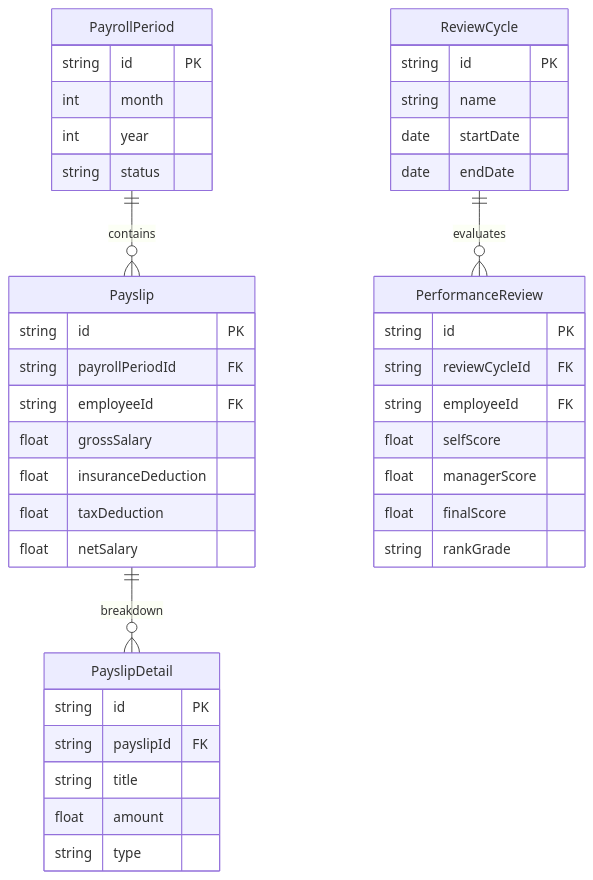
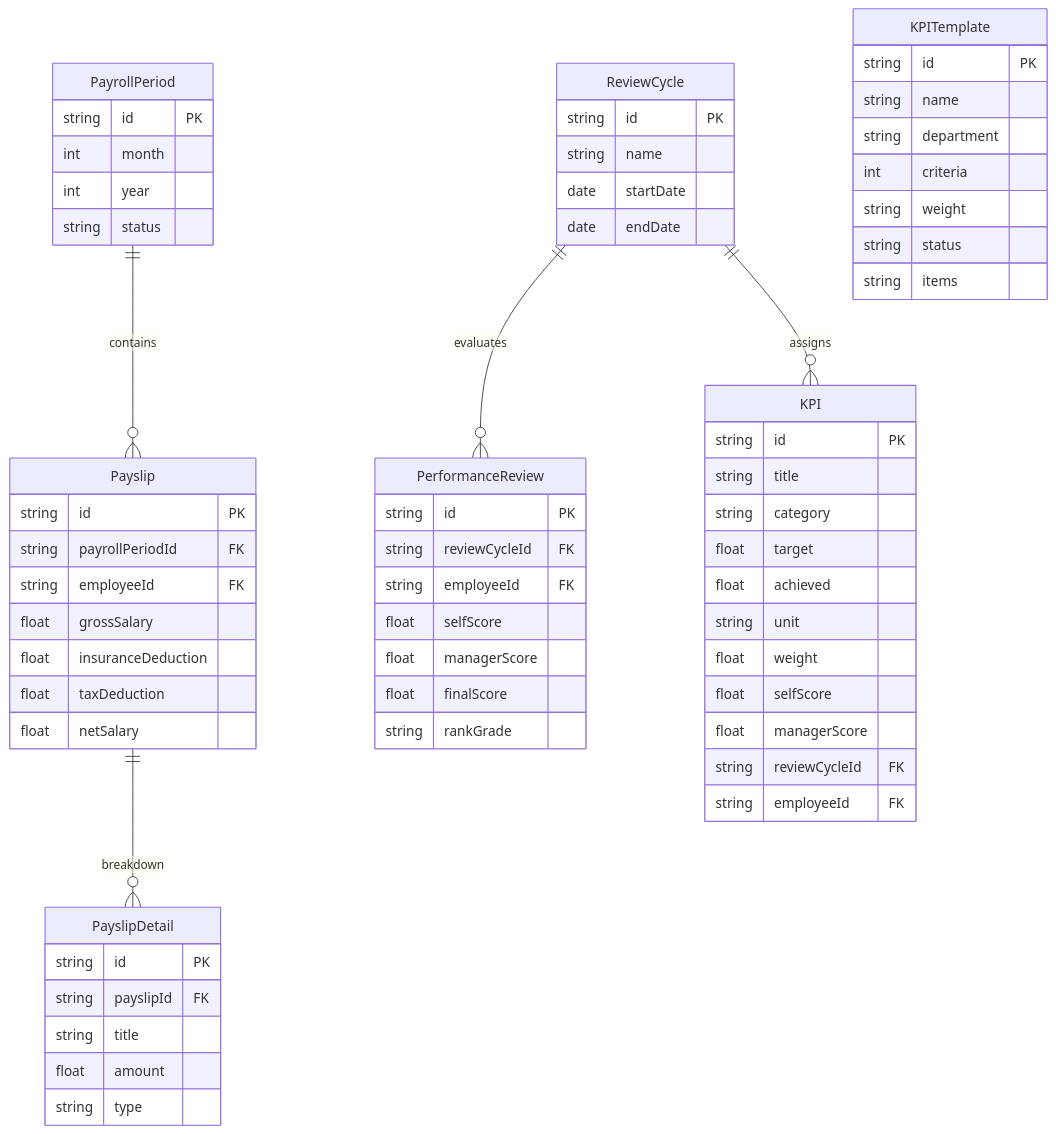
Before and after one commit to aye2710/HRM-DATN: the fifth of 6 diagrams in docs/Các biểu đồ/So_Do_Quan_He_Thuc_The_ERD_HRM.md, drawn with Mermaid. The commit also changed other lines of this file and 27 other files, not shown here.

Commit message:
docs & feat: hoan thien 144 bieu do Use Case, Sequence, Activity, cap nhat ERD va nghiep vu he thong HRM

````diff
--- a/docs/Các biểu đồ/So_Do_Quan_He_Thuc_The_ERD_HRM.md
+++ b/docs/Các biểu đồ/So_Do_Quan_He_Thuc_The_ERD_HRM.md
@@ -1201,43 +1202,66 @@
 ```mermaid
 erDiagram
     PayrollPeriod {
         string id PK
         int month
         int year
         string status
     }
     Payslip {
         string id PK
         string payrollPeriodId FK
         string employeeId FK
         float grossSalary
         float insuranceDeduction
         float taxDeduction
         float netSalary
     }
     PayslipDetail {
         string id PK
         string payslipId FK
         string title
         float amount
         string type
     }
     ReviewCycle {
         string id PK
         string name
         date startDate
         date endDate
     }
     PerformanceReview {
         string id PK
         string reviewCycleId FK
         string employeeId FK
         float selfScore
         float managerScore
         float finalScore
         string rankGrade
     }
+    KPITemplate {
+        string id PK
+        string name
+        string department
+        int criteria
+        string weight
+        string status
+        string items
+    }
+    KPI {
+        string id PK
+        string title
+        string category
+        float target
+        float achieved
+        string unit
+        float weight
+        float selfScore
+        float managerScore
+        string reviewCycleId FK
+        string employeeId FK
+    }
     PayrollPeriod ||--o{ Payslip : "contains"
     Payslip ||--o{ PayslipDetail : "breakdown"
     ReviewCycle ||--o{ PerformanceReview : "evaluates"
+    ReviewCycle ||--o{ KPI : "assigns"
 ```
````
